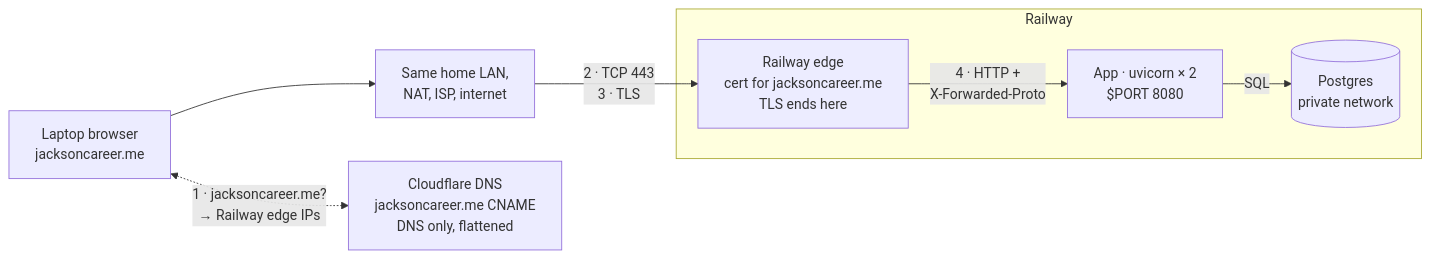
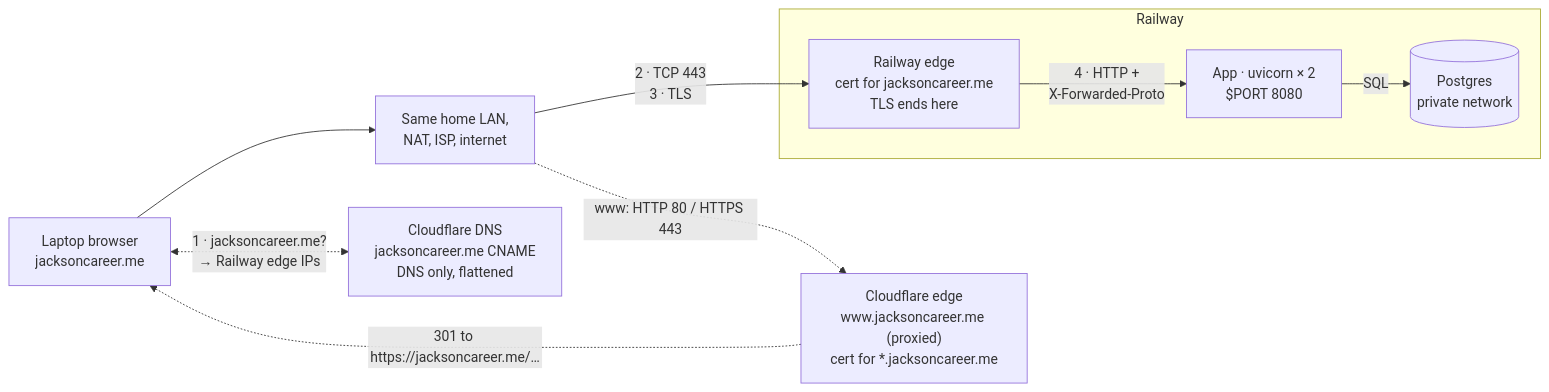
Before and after one commit to jacksonddorr-dev/career-platform: the second of 4 diagrams in docs/request-path.md, drawn with Mermaid. The commit also changed other lines of this file and 2 other files, not shown here.

First line of the commit message:
Build out the README engineering record and architecture diagrams

````diff
--- a/docs/request-path.md
+++ b/docs/request-path.md
@@ -45,15 +45,18 @@
 ```mermaid
 flowchart LR
   LAP["Laptop browser<br/>jacksoncareer.me"]
   PATH["Same home LAN,<br/>NAT, ISP, internet"]
   CF["Cloudflare DNS<br/>jacksoncareer.me CNAME<br/>DNS only, flattened"]
 
   subgraph RW["Railway"]
     EDGE["Railway edge<br/>cert for jacksoncareer.me<br/>TLS ends here"]
     APP["App · uvicorn × 2<br/>$PORT 8080"]
     PG[("Postgres<br/>private network")]
   end
 
+  CFE["Cloudflare edge<br/>www.jacksoncareer.me (proxied)<br/>cert for *.jacksoncareer.me"]
+
   LAP <-. "1 · jacksoncareer.me?<br/>→ Railway edge IPs" .-> CF
   LAP --> PATH -- "2 · TCP 443<br/>3 · TLS" --> EDGE -- "4 · HTTP +<br/>X-Forwarded-Proto" --> APP -- SQL --> PG
+  PATH -. "www: HTTP 80 / HTTPS 443" .-> CFE -. "301 to https://jacksoncareer.me/…" .-> LAP
 ```
````
